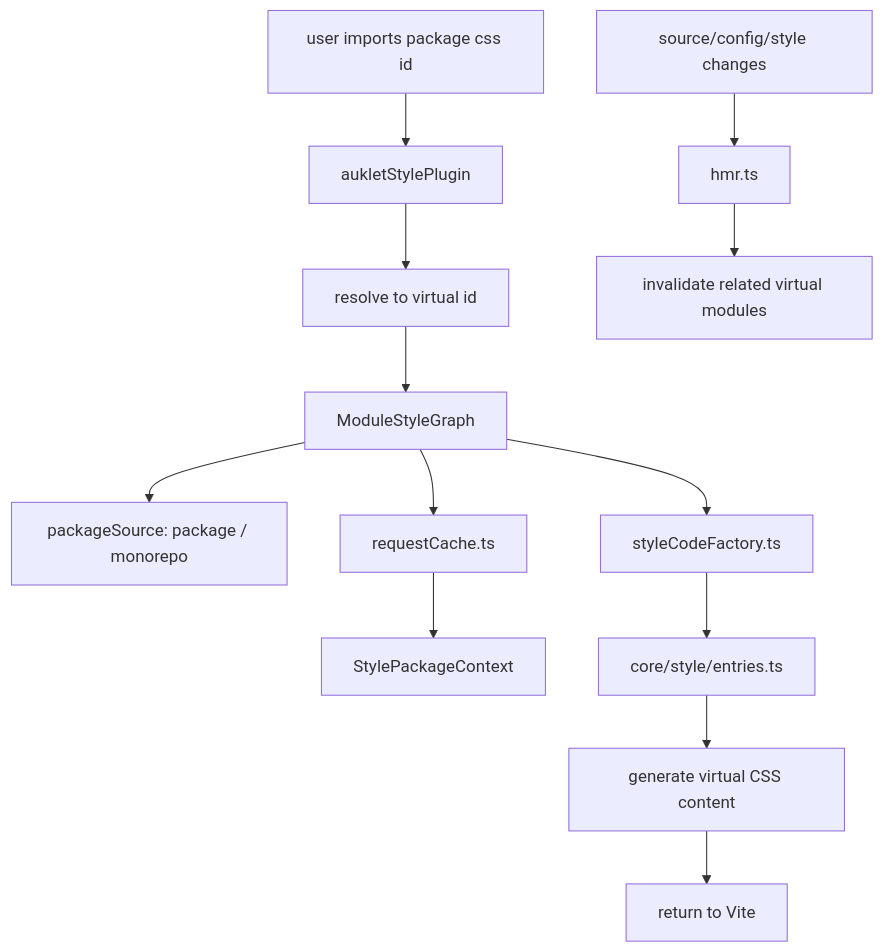
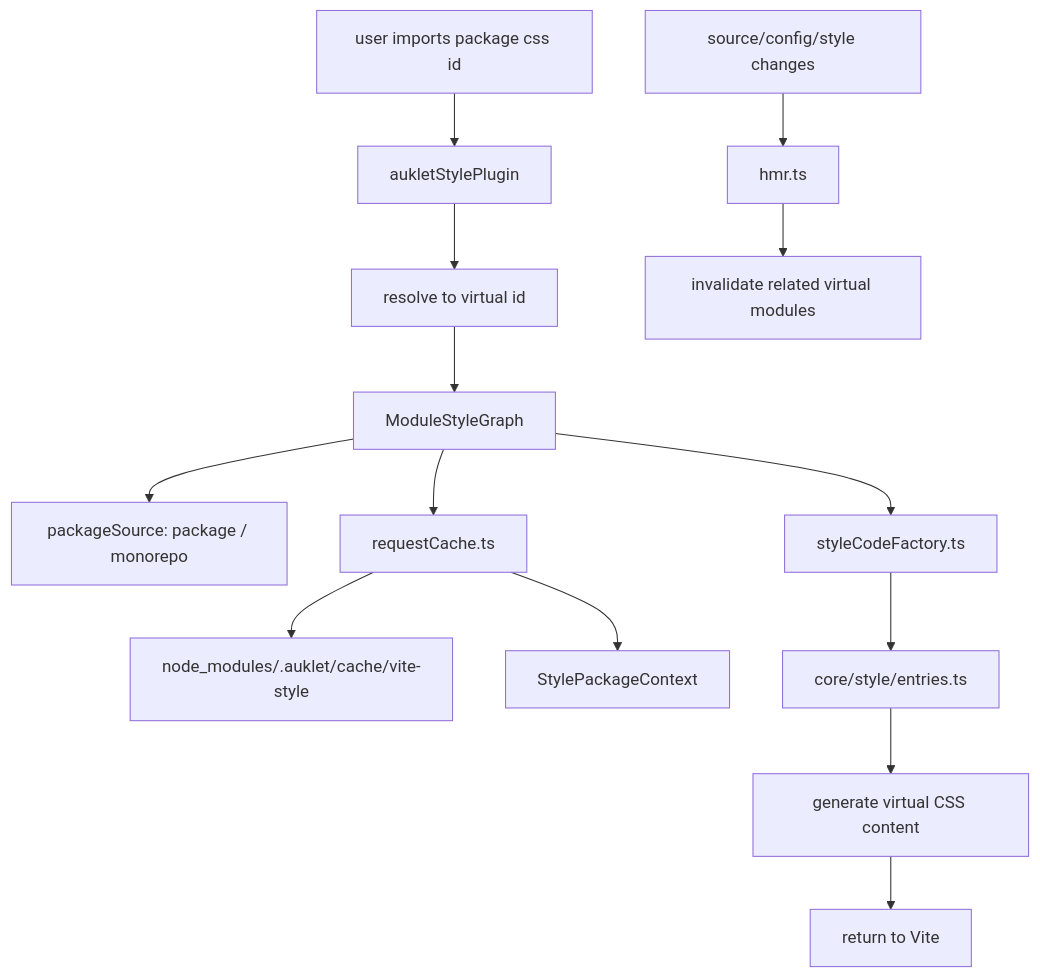
The second of 2 diagrams in docs/css.md (imtaotao/auklet), drawn with Mermaid before and after one commit. The commit also changed other lines of this file and 14 other files, not shown here.

Commit message:
perf: cache vite css graph output

````diff
--- a/docs/css.md
+++ b/docs/css.md
@@ -213,15 +220,16 @@
 ```mermaid
 flowchart TD
   Import["user imports package css id"] --> Plugin["aukletStylePlugin"]
   Plugin --> ResolveId["resolve to virtual id"]
   ResolveId --> Graph["ModuleStyleGraph"]
   Graph --> Source["packageSource: package / monorepo"]
   Graph --> Cache["requestCache.ts"]
+  Cache --> DiskCache["node_modules/.auklet/cache/vite-style"]
   Cache --> PackageContext["StylePackageContext"]
   Graph --> Factory["styleCodeFactory.ts"]
   Factory --> SharedGraph["core/style/entries.ts"]
   SharedGraph --> LoadStyle["generate virtual CSS content"]
   LoadStyle --> Vite["return to Vite"]
   FileChange["source/config/style changes"] --> Hmr["hmr.ts"]
   Hmr --> Invalidate["invalidate related virtual modules"]
 ```
````
